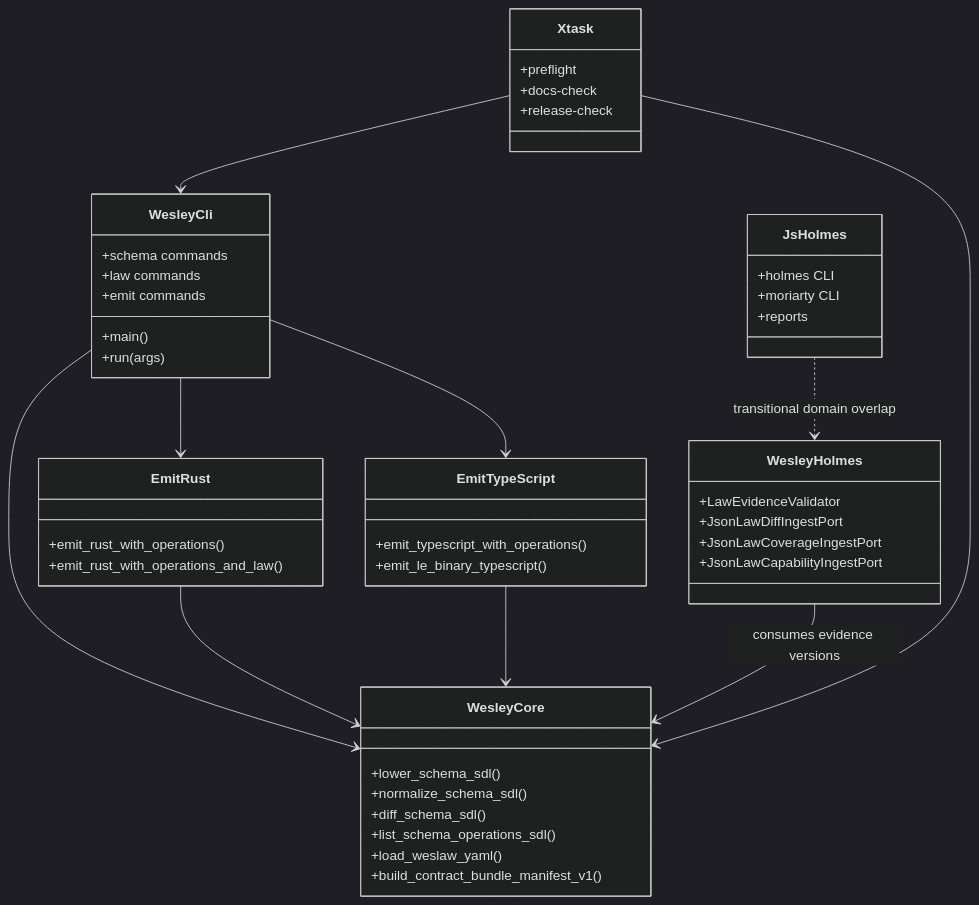
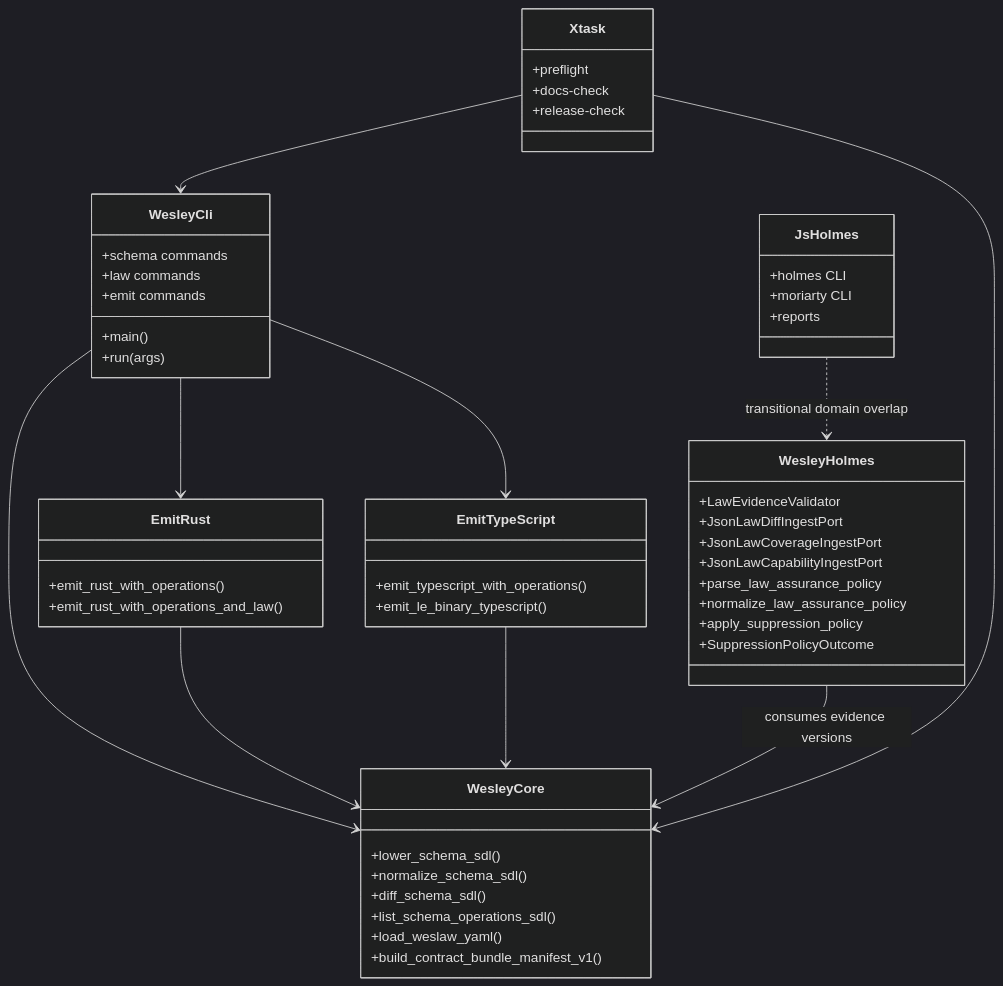
One commit to flyingrobots/wesley changed the second of 10 diagrams in docs/TECHNICAL_TEARDOWN.md. Above: the diagram before and after it, drawn with Mermaid (dark theme). The commit also changed other lines of this file and 1 other file, not shown here.

````diff
--- a/docs/TECHNICAL_TEARDOWN.md
+++ b/docs/TECHNICAL_TEARDOWN.md
@@ -311,52 +316,56 @@
 ```mermaid
 classDiagram
   class WesleyCli {
     +main()
     +run(args)
     +schema commands
     +law commands
     +emit commands
   }
   class WesleyCore {
     +lower_schema_sdl()
     +normalize_schema_sdl()
     +diff_schema_sdl()
     +list_schema_operations_sdl()
     +load_weslaw_yaml()
     +build_contract_bundle_manifest_v1()
   }
   class EmitRust {
     +emit_rust_with_operations()
     +emit_rust_with_operations_and_law()
   }
   class EmitTypeScript {
     +emit_typescript_with_operations()
     +emit_le_binary_typescript()
   }
   class WesleyHolmes {
     +LawEvidenceValidator
     +JsonLawDiffIngestPort
     +JsonLawCoverageIngestPort
     +JsonLawCapabilityIngestPort
+    +parse_law_assurance_policy
+    +normalize_law_assurance_policy
+    +apply_suppression_policy
+    +SuppressionPolicyOutcome
   }
   class Xtask {
     +preflight
     +docs-check
     +release-check
   }
   class JsHolmes {
     +holmes CLI
     +moriarty CLI
     +reports
   }
 
   WesleyCli --> WesleyCore
   WesleyCli --> EmitRust
   WesleyCli --> EmitTypeScript
   EmitRust --> WesleyCore
   EmitTypeScript --> WesleyCore
   WesleyHolmes --> WesleyCore : consumes evidence versions
   Xtask --> WesleyCli
   Xtask --> WesleyCore
   JsHolmes ..> WesleyHolmes : transitional domain overlap
 ```
````
